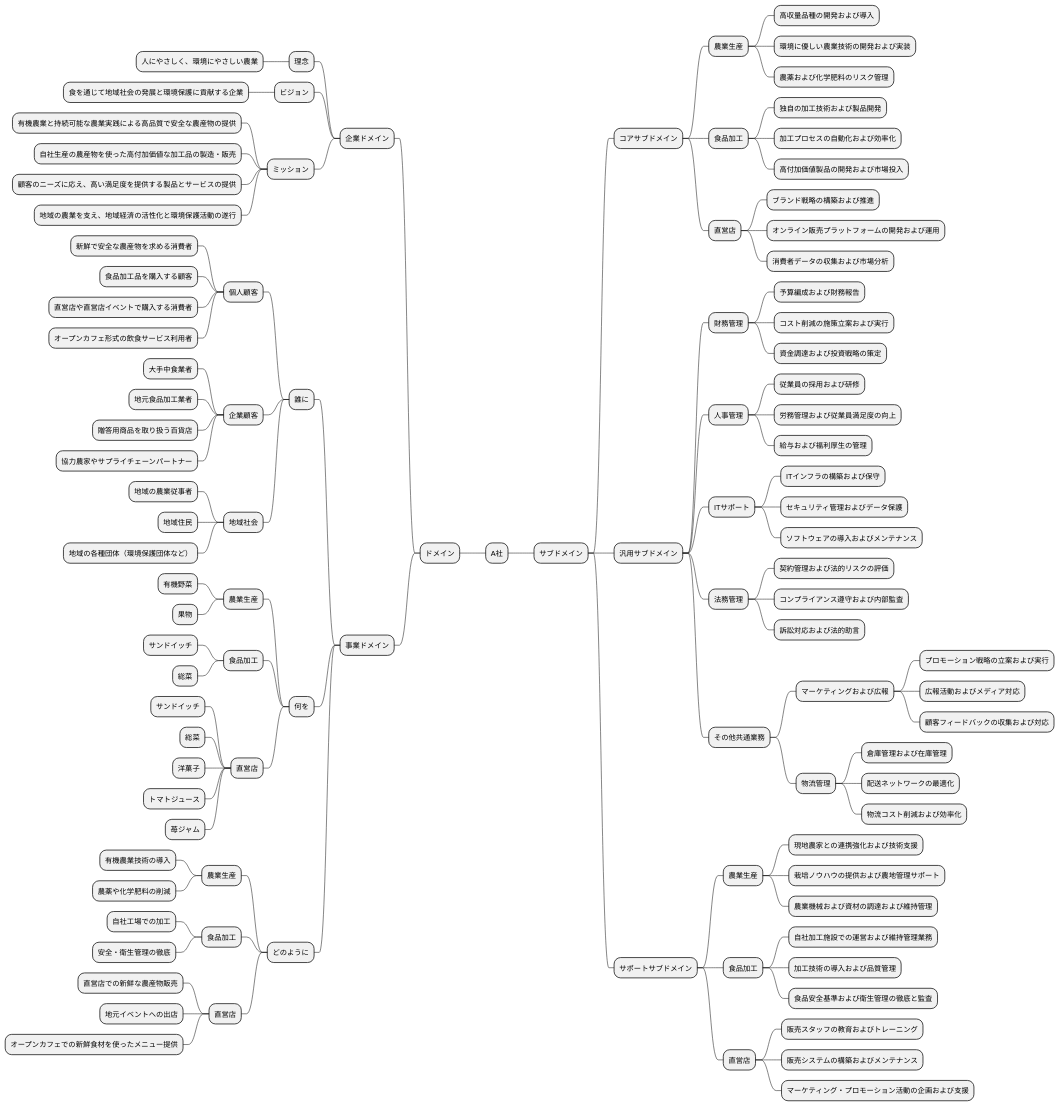
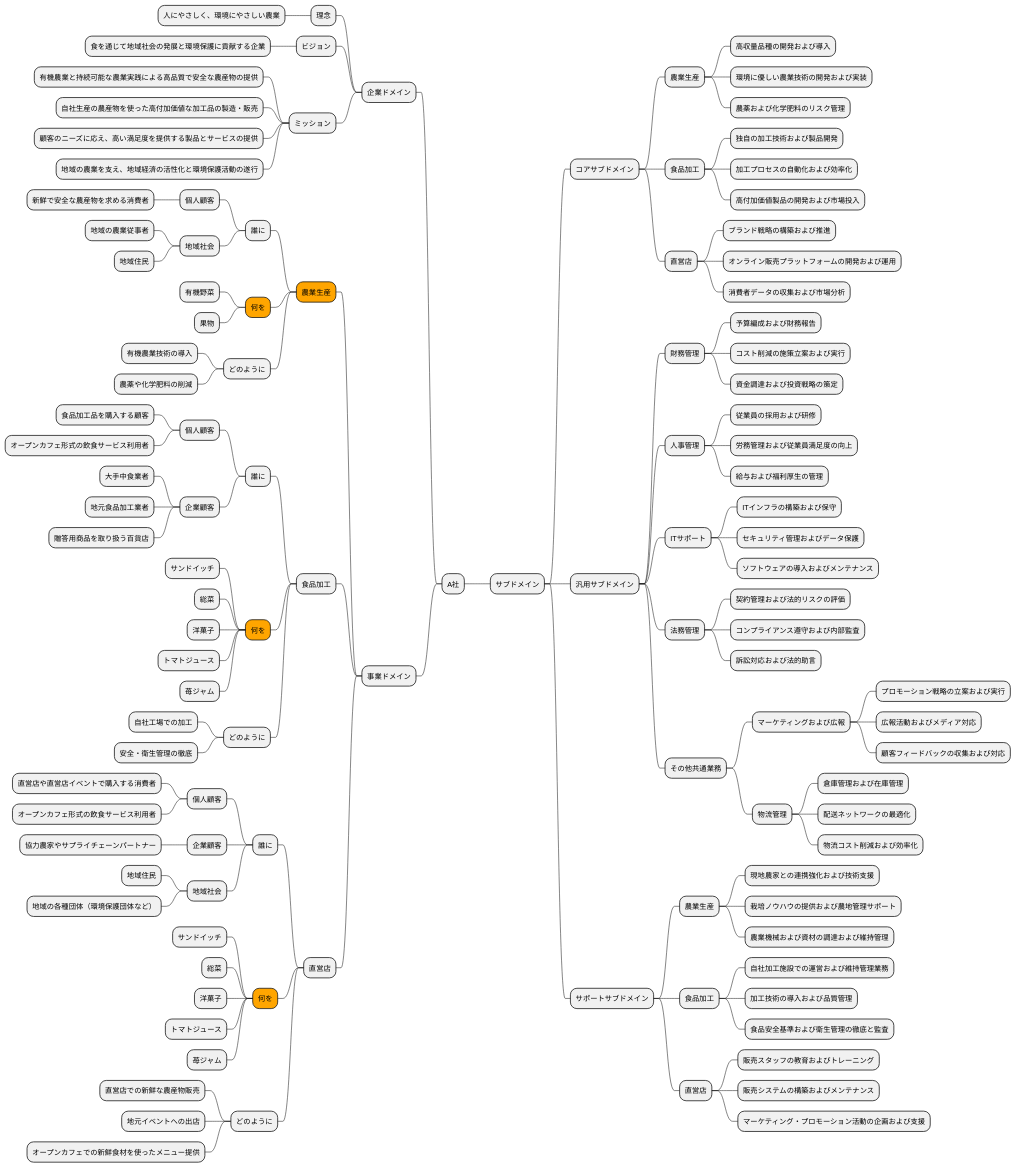
Before and after one commit to k2works/case-sutudy-business-analysis: diagram 12 of 15 in docs/case/r04_case_1.adoc, drawn with PlantUML. The commit also changed other lines of this file, not shown here.

```diff
--- a/docs/case/r04_case_1.adoc
+++ b/docs/case/r04_case_1.adoc
@@ -522,57 +749,6 @@
 @startmindmap
 
 * A社
--- ドメイン
---- 企業ドメイン
----- 理念
------ 人にやさしく、環境にやさしい農業
----- ビジョン
------ 食を通じて地域社会の発展と環境保護に貢献する企業
----- ミッション
------ 有機農業と持続可能な農業実践による高品質で安全な農産物の提供
------ 自社生産の農産物を使った高付加価値な加工品の製造・販売
------ 顧客のニーズに応え、高い満足度を提供する製品とサービスの提供
------ 地域の農業を支え、地域経済の活性化と環境保護活動の遂行
---- 事業ドメイン
----- 誰に
------ 個人顧客
------- 新鮮で安全な農産物を求める消費者
------- 食品加工品を購入する顧客
------- 直営店や直営店イベントで購入する消費者
------- オープンカフェ形式の飲食サービス利用者
------ 企業顧客
------- 大手中食業者
------- 地元食品加工業者
------- 贈答用商品を取り扱う百貨店
------- 協力農家やサプライチェーンパートナー
------ 地域社会
------- 地域の農業従事者
------- 地域住民
------- 地域の各種団体（環境保護団体など）
----- 何を
------ 農業生産
------- 有機野菜
------- 果物
------ 食品加工
------- サンドイッチ
------- 総菜
------ 直営店
------- サンドイッチ
------- 総菜
------- 洋菓子
------- トマトジュース
------- 苺ジャム
----- どのように
------ 農業生産
------- 有機農業技術の導入
------- 農薬や化学肥料の削減
------ 食品加工
------- 自社工場での加工
------- 安全・衛生管理の徹底
------ 直営店
------- 直営店での新鮮な農産物販売
------- 地元イベントへの出店
------- オープンカフェでの新鮮食材を使ったメニュー提供
 ** サブドメイン
 *** コアサブドメイン
 **** 農業生産
@@ -626,6 +802,68 @@
 ***** 販売スタッフの教育およびトレーニング
 ***** 販売システムの構築およびメンテナンス
 ***** マーケティング・プロモーション活動の企画および支援
-
+left side
+** 企業ドメイン
+*** 理念
+**** 人にやさしく、環境にやさしい農業
+*** ビジョン
+**** 食を通じて地域社会の発展と環境保護に貢献する企業
+*** ミッション
+**** 有機農業と持続可能な農業実践による高品質で安全な農産物の提供
+**** 自社生産の農産物を使った高付加価値な加工品の製造・販売
+**** 顧客のニーズに応え、高い満足度を提供する製品とサービスの提供
+**** 地域の農業を支え、地域経済の活性化と環境保護活動の遂行
+** 事業ドメイン
+***[#orange] 農業生産
+**** 誰に
+***** 個人顧客
+****** 新鮮で安全な農産物を求める消費者
+***** 地域社会
+****** 地域の農業従事者
+****** 地域住民
+****[#orange] 何を
+***** 有機野菜
+***** 果物
+**** どのように
+***** 有機農業技術の導入
+***** 農薬や化学肥料の削減
+*** 食品加工
+**** 誰に
+***** 個人顧客
+****** 食品加工品を購入する顧客
+****** オープンカフェ形式の飲食サービス利用者
+***** 企業顧客
+****** 大手中食業者
+****** 地元食品加工業者
+****** 贈答用商品を取り扱う百貨店
+****[#orange] 何を
+***** サンドイッチ
+***** 総菜
+***** 洋菓子
+***** トマトジュース
+***** 苺ジャム
+**** どのように
+***** 自社工場での加工
+***** 安全・衛生管理の徹底
+*** 直営店
+**** 誰に
+***** 個人顧客
+****** 直営店や直営店イベントで購入する消費者
+****** オープンカフェ形式の飲食サービス利用者
+***** 企業顧客
+****** 協力農家やサプライチェーンパートナー
+***** 地域社会
+****** 地域住民
+****** 地域の各種団体（環境保護団体など）
+****[#orange] 何を
+***** サンドイッチ
+***** 総菜
+***** 洋菓子
+***** トマトジュース
+***** 苺ジャム
+**** どのように
+***** 直営店での新鮮な農産物販売
+***** 地元イベントへの出店
+***** オープンカフェでの新鮮食材を使ったメニュー提供
 @endmindmap
 ----
```
